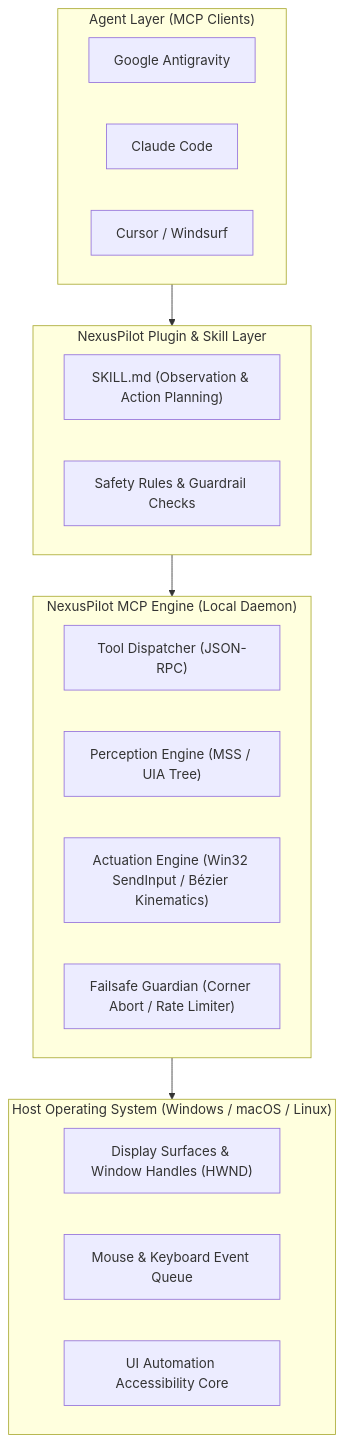
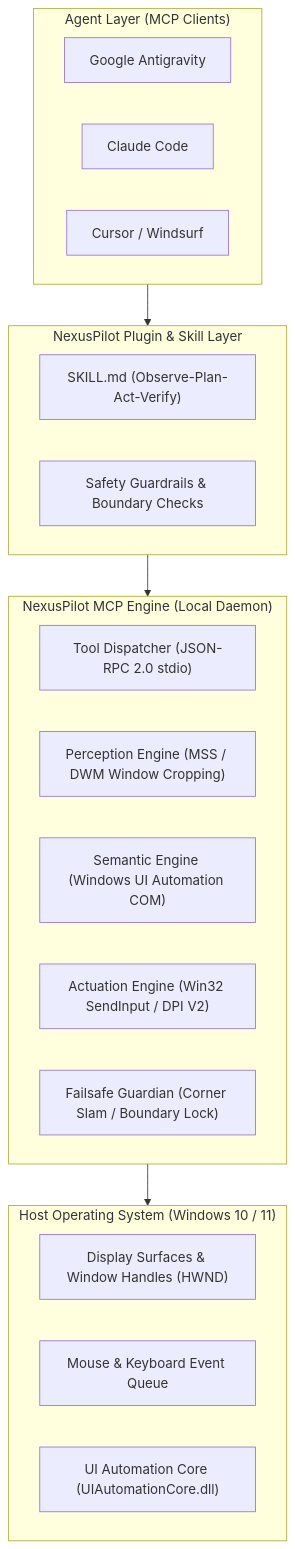
One commit to nishantshaligram/nexus-pilot-desktop changed the diagram in README.md. Above: the diagram before and after it, drawn with Mermaid. The commit also changed other lines of this file and 17 other files, not shown here.

````diff
--- a/README.md
+++ b/README.md
@@ -14,30 +26,31 @@
 ```mermaid
 flowchart TD
     subgraph AgentLayer["Agent Layer (MCP Clients)"]
         A1["Google Antigravity"]
         A2["Claude Code"]
         A3["Cursor / Windsurf"]
     end
 
     subgraph PluginLayer["NexusPilot Plugin & Skill Layer"]
-        B1["SKILL.md (Observation & Action Planning)"]
-        B2["Safety Rules & Guardrail Checks"]
+        B1["SKILL.md (Observe-Plan-Act-Verify)"]
+        B2["Safety Guardrails & Boundary Checks"]
     end
 
-    subgraph MCPServer["NexusPilot MCP Engine (Local Daemon)"]
-        C1["Tool Dispatcher (JSON-RPC)"]
-        C2["Perception Engine (MSS / UIA Tree)"]
-        C3["Actuation Engine (Win32 SendInput / Bézier Kinematics)"]
-        C4["Failsafe Guardian (Corner Abort / Rate Limiter)"]
+    subgraph MCPEngine["NexusPilot MCP Engine (Local Daemon)"]
+        C1["Tool Dispatcher (JSON-RPC 2.0 stdio)"]
+        C2["Perception Engine (MSS / DWM Window Cropping)"]
+        C3["Semantic Engine (Windows UI Automation COM)"]
+        C4["Actuation Engine (Win32 SendInput / DPI V2)"]
+        C5["Failsafe Guardian (Corner Slam / Boundary Lock)"]
     end
 
-    subgraph WindowsOS["Host Operating System (Windows / macOS / Linux)"]
+    subgraph WindowsOS["Host Operating System (Windows 10 / 11)"]
         D1["Display Surfaces & Window Handles (HWND)"]
         D2["Mouse & Keyboard Event Queue"]
-        D3["UI Automation Accessibility Core"]
+        D3["UI Automation Core (UIAutomationCore.dll)"]
     end
 
     AgentLayer --> PluginLayer
-    PluginLayer --> MCPServer
-    MCPServer --> WindowsOS
+    PluginLayer --> MCPEngine
+    MCPEngine --> WindowsOS
 ```
````
